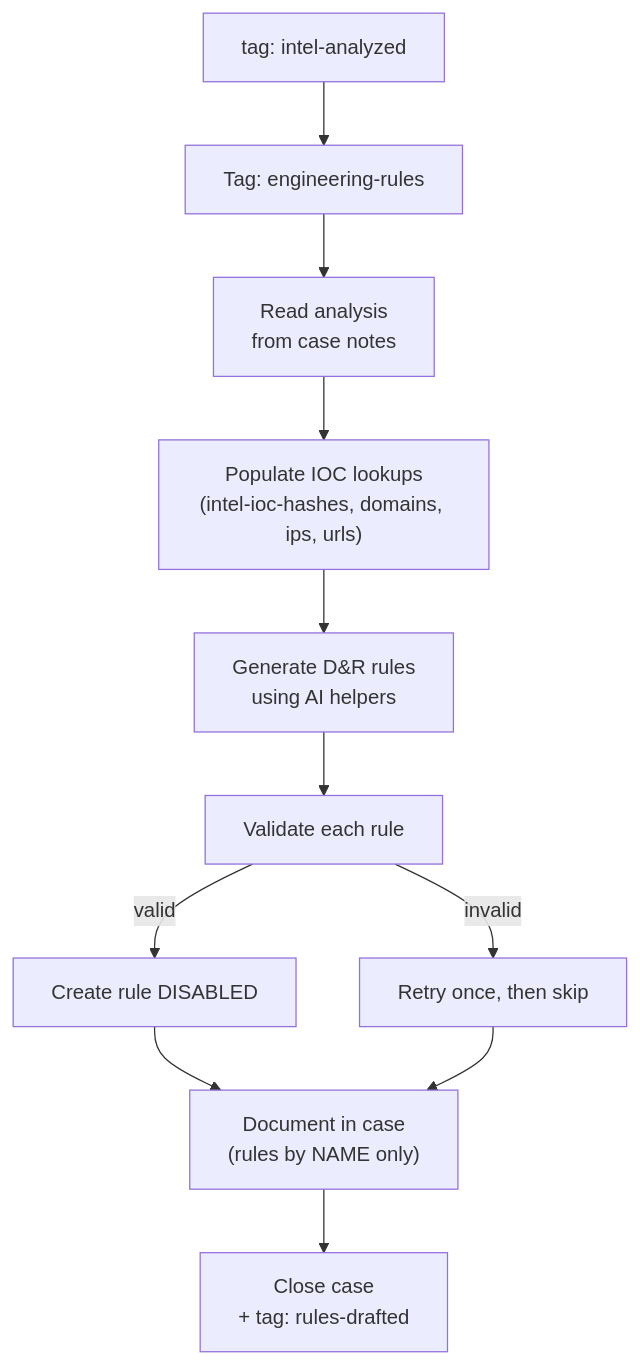
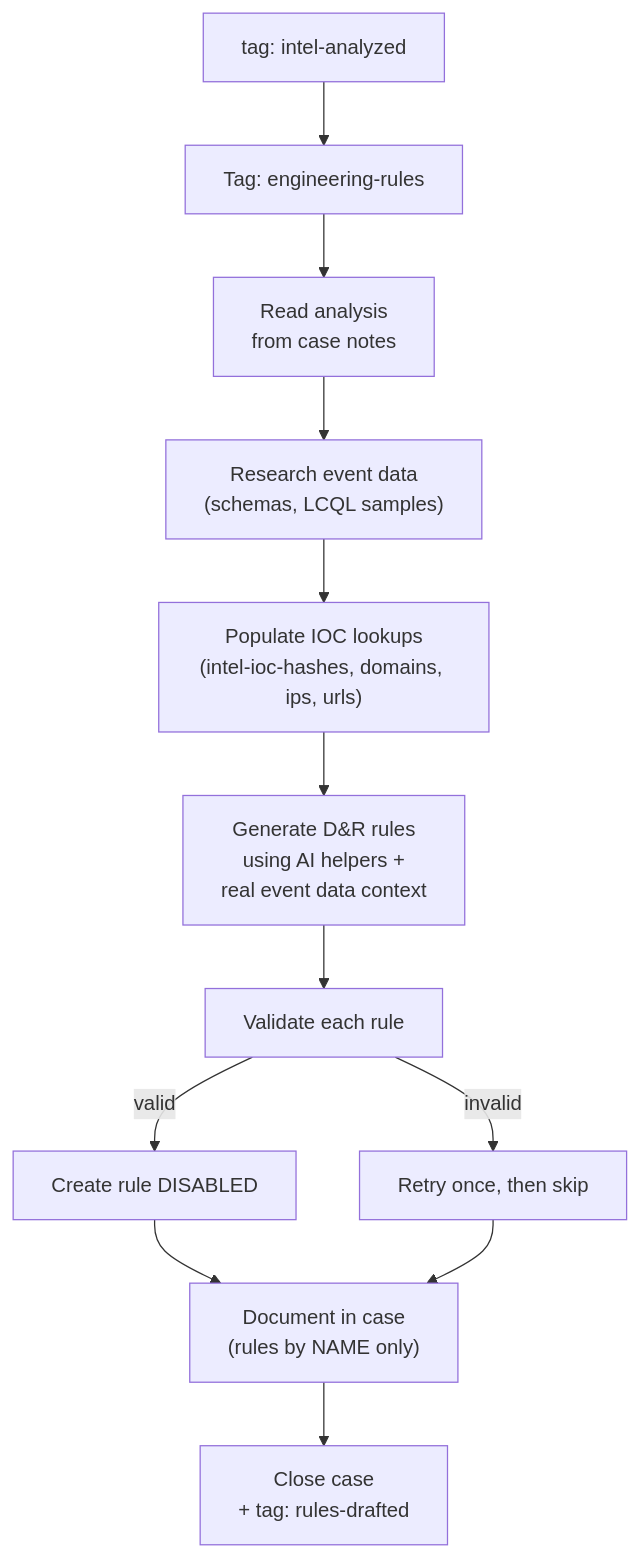
Before and after one commit to refractionPOINT/lc-ai: the diagram in lc-soc/intel-soc/rule-engineer/README.md, drawn with Mermaid. The commit also changed other lines of this file and 4 other files, not shown here.

First line of the commit message:
Fix Intel SOC agent permissions and add event data research to Rule Engineer

````diff
--- a/lc-soc/intel-soc/rule-engineer/README.md
+++ b/lc-soc/intel-soc/rule-engineer/README.md
@@ -7,13 +7,14 @@
 ```mermaid
 flowchart TD
     tag["tag: intel-analyzed"] --> lock["Tag: engineering-rules"]
     lock --> read["Read analysis<br/>from case notes"]
-    read --> lookups["Populate IOC lookups<br/>(intel-ioc-hashes, domains, ips, urls)"]
-    lookups --> rules["Generate D&R rules<br/>using AI helpers"]
+    read --> research["Research event data<br/>(schemas, LCQL samples)"]
+    research --> lookups["Populate IOC lookups<br/>(intel-ioc-hashes, domains, ips, urls)"]
+    lookups --> rules["Generate D&R rules<br/>using AI helpers +<br/>real event data context"]
     rules --> validate["Validate each rule"]
     validate -->|valid| create["Create rule DISABLED"]
     validate -->|invalid| retry["Retry once, then skip"]
     create --> doc["Document in case<br/>(rules by NAME only)"]
     retry --> doc
     doc --> close["Close case<br/>+ tag: rules-drafted"]
 ```
````
